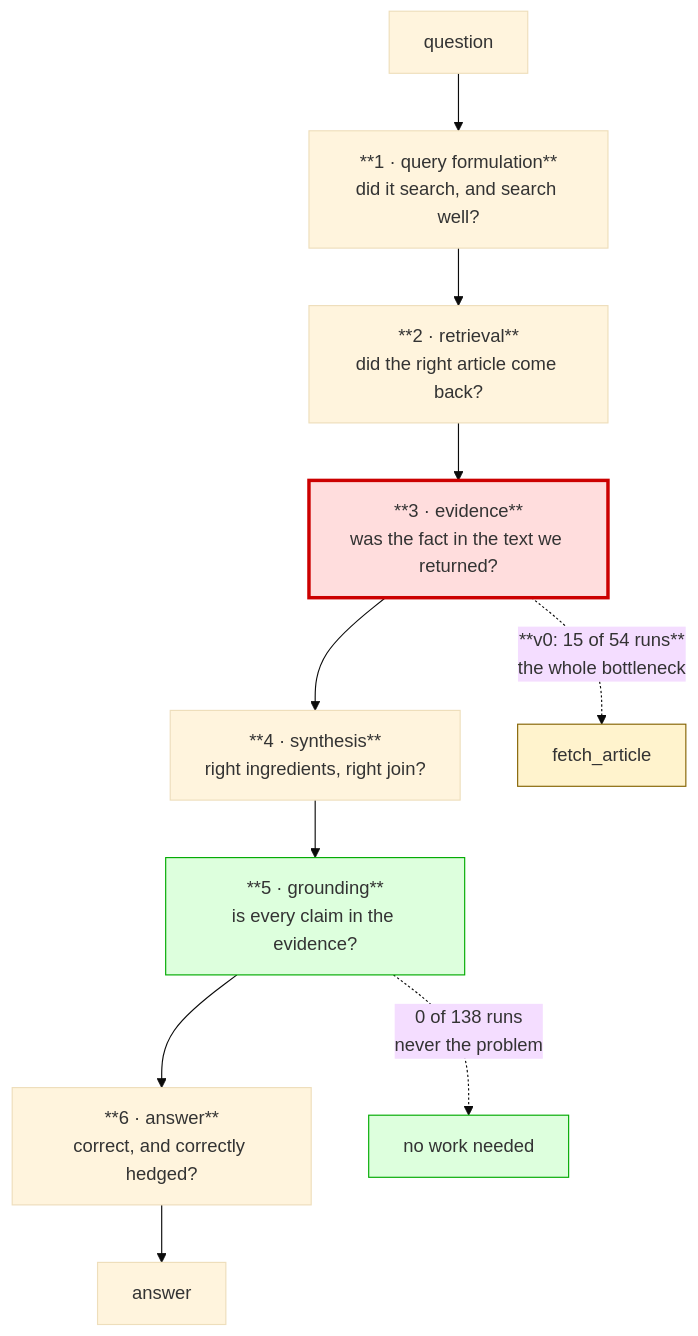
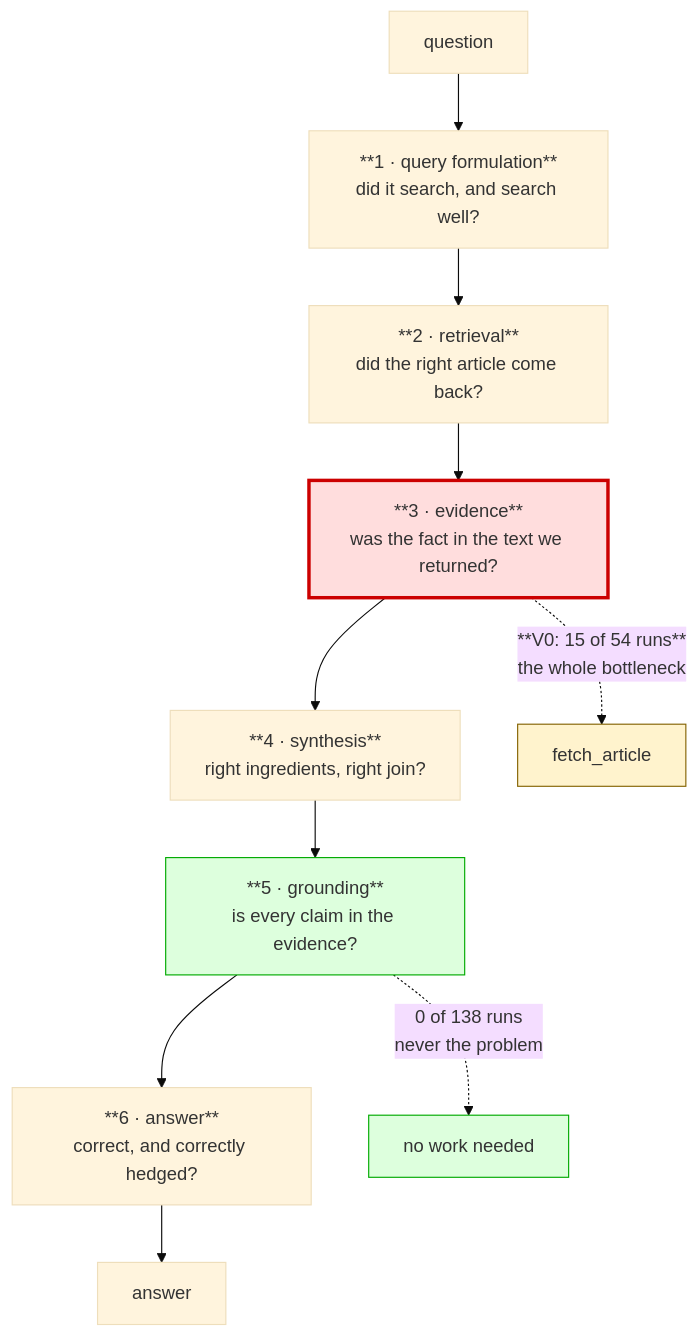
Before and after one commit to Speko124/wikiagent: the diagram in docs/design-rationale.md, drawn with Mermaid (base theme). The commit also changed other lines of this file and 3 other files, not shown here.

````diff
--- a/docs/design-rationale.md
+++ b/docs/design-rationale.md
@@ -153,18 +154,18 @@
 ```mermaid
 flowchart TD
     Q[question] --> S1
     S1["**1 · query formulation**<br/>did it search, and search well?"] --> S2
     S2["**2 · retrieval**<br/>did the right article come back?"] --> S3
     S3["**3 · evidence**<br/>was the fact in the text we returned?"] --> S4
     S4["**4 · synthesis**<br/>right ingredients, right join?"] --> S5
     S5["**5 · grounding**<br/>is every claim in the evidence?"] --> S6
     S6["**6 · answer**<br/>correct, and correctly hedged?"] --> A[answer]
 
-    S3 -. "**v0: 15 of 54 runs**<br/>the whole bottleneck" .-> F3[fetch_article]
+    S3 -. "**V0: 15 of 54 runs**<br/>the whole bottleneck" .-> F3[fetch_article]
     S5 -. "0 of 138 runs<br/>never the problem" .-> F5[no work needed]
 
     style S3 fill:#ffdddd,stroke:#cc0000,stroke-width:3px
     style S5 fill:#ddffdd,stroke:#00aa00
     style F3 fill:#fff3cd,stroke:#856404
     style F5 fill:#ddffdd,stroke:#00aa00
 ```
````
